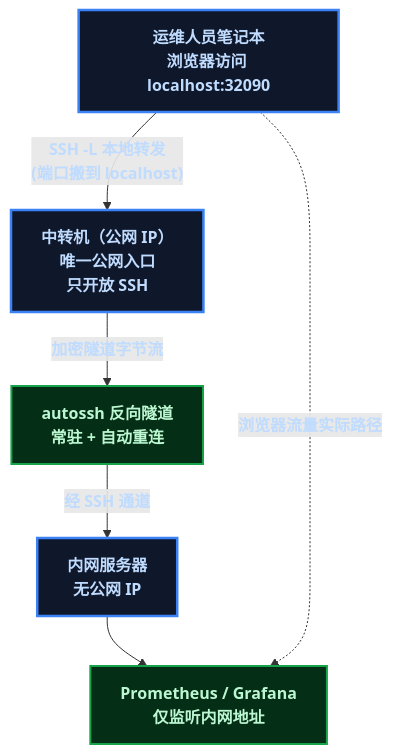
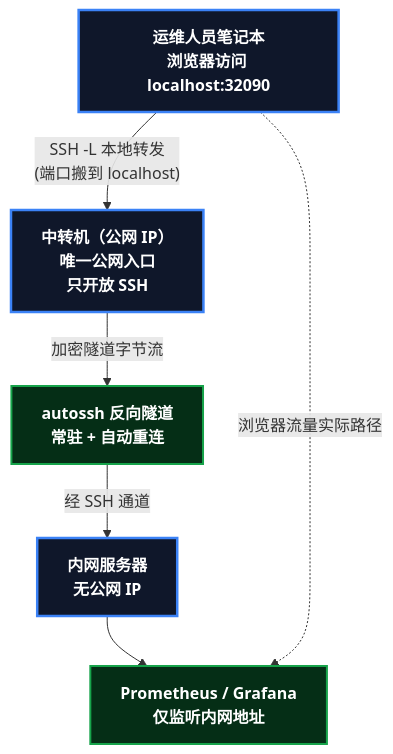
One commit to yaocat55/yaocat55.github.io changed the first of 4 diagrams in content/posts/kubernetes/MonitoringAccessThreeWays.md. Above: the diagram before and after it, drawn with Mermaid. The commit also changed other lines of this file and 27 other files, not shown here.

Commit message:
docs: 全系列 93 张 Mermaid 图 classDef 改为 style 强制深底白字(修复部分渲染器白底浅字)+历史文件格式清理

````diff
--- a/content/posts/kubernetes/MonitoringAccessThreeWays.md
+++ b/content/posts/kubernetes/MonitoringAccessThreeWays.md
@@ -53,23 +53,21 @@
 ```mermaid
 %% 方案A: SSH 隧道 + 自建内网监控(本系列学习环境的真实形态)
 flowchart TD
-    classDef root fill:#0f172a,stroke:#3b82f6,stroke-width:2.5px,color:#bfdbfe,font-weight:bold;
-    classDef process fill:#1e1e24,stroke:#6b7280,stroke-width:2px,color:#e5e7eb;
-    classDef data fill:#052e16,stroke:#16a34a,stroke-width:2px,color:#bbf7d0,font-weight:bold;
-    classDef reject fill:#450a0a,stroke:#dc2626,stroke-width:2px,color:#fecaca,font-weight:bold;
 
     LAP["运维人员笔记本\n浏览器访问 localhost:32090"]
     ECS["中转机（公网 IP）\n唯一公网入口\n只开放 SSH"]
     DEB["内网服务器\n无公网 IP"]
     MON["Prometheus / Grafana\n仅监听内网地址"]
     AUT["autossh 反向隧道\n常驻 + 自动重连"]
 
     LAP -->|"SSH -L 本地转发\n(端口搬到 localhost)"| ECS
     ECS -->|"加密隧道字节流"| AUT
     AUT -->|"经 SSH 通道"| DEB
     DEB --> MON
     LAP -.->|"浏览器流量实际路径"| MON
-
-    class LAP,ECS,DEB root;
-    class AUT,MON data;
+    style LAP fill:#0f172a,stroke:#3b82f6,stroke-width:2.5px,color:#ffffff,font-weight:bold
+    style ECS fill:#0f172a,stroke:#3b82f6,stroke-width:2.5px,color:#ffffff,font-weight:bold
+    style DEB fill:#0f172a,stroke:#3b82f6,stroke-width:2.5px,color:#ffffff,font-weight:bold
+    style AUT fill:#052e16,stroke:#16a34a,stroke-width:2px,color:#ffffff,font-weight:bold
+    style MON fill:#052e16,stroke:#16a34a,stroke-width:2px,color:#ffffff,font-weight:bold
 ```
````
